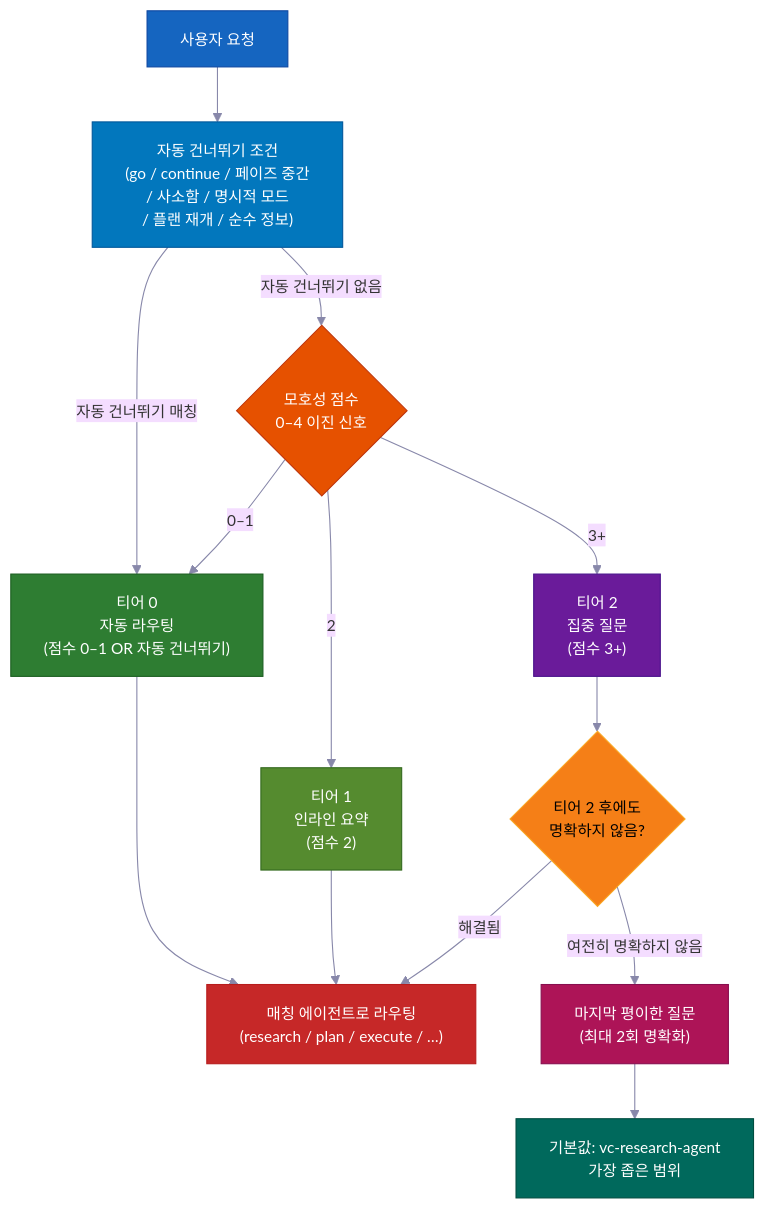
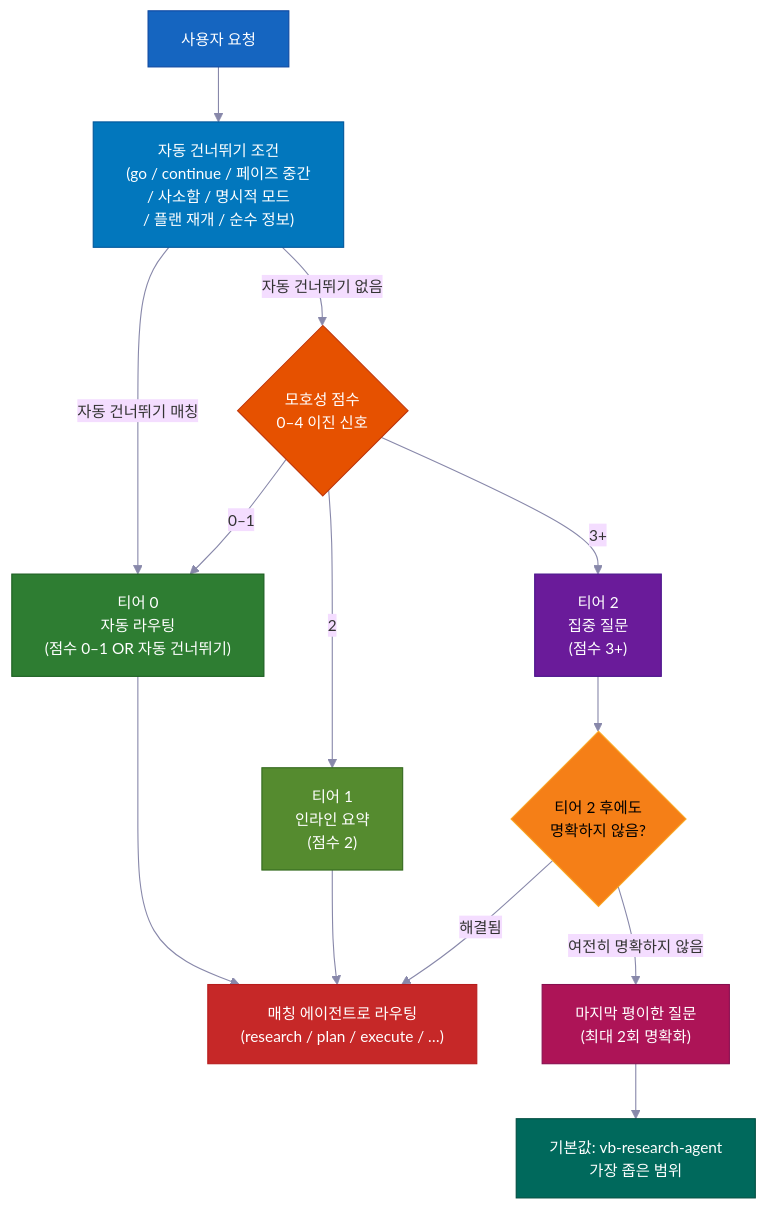
One commit to Tomwakeupat530amm/vibebelt-kit changed the fourth of 14 diagrams in docs/i18n/README.ko-KR.md. Above: the diagram before and after it, drawn with Mermaid. The commit also changed other lines of this file and 646 other files, not shown here.

````diff
--- a/docs/i18n/README.ko-KR.md
+++ b/docs/i18n/README.ko-KR.md
@@ -692,37 +692,37 @@
 ```mermaid
 %%{init: {'theme': 'base', 'themeVariables': {'fontSize': '14px', 'lineColor': '#8888AA'}} }%%
 flowchart TD
     REQ["사용자 요청"]
     SCORE{"모호성 점수\n0–4 이진 신호"}
     AUTO["자동 건너뛰기 조건\n(go / continue / 페이즈 중간\n/ 사소함 / 명시적 모드\n/ 플랜 재개 / 순수 정보)"]
     T0["티어 0\n자동 라우팅\n(점수 0–1 OR 자동 건너뛰기)"]
     T1["티어 1\n인라인 요약\n(점수 2)"]
     T2["티어 2\n집중 질문\n(점수 3+)"]
     ROUTE["매칭 에이전트로 라우팅\n(research / plan / execute / …)"]
     STILL{"티어 2 후에도\n명확하지 않음?"}
     FINAL["마지막 평이한 질문\n(최대 2회 명확화)"]
-    NARROW["기본값: vc-research-agent\n가장 좁은 범위"]
+    NARROW["기본값: vb-research-agent\n가장 좁은 범위"]
 
     REQ --> AUTO
     AUTO -->|"자동 건너뛰기 매칭"| T0
     AUTO -->|"자동 건너뛰기 없음"| SCORE
     SCORE -->|"0–1"| T0
     SCORE -->|"2"| T1
     SCORE -->|"3+"| T2
     T0 --> ROUTE
     T1 --> ROUTE
     T2 --> STILL
     STILL -->|"해결됨"| ROUTE
     STILL -->|"여전히 명확하지 않음"| FINAL --> NARROW
 
     style REQ fill:#1565C0,stroke:#0D47A1,color:#FFFFFF
     style AUTO fill:#0277BD,stroke:#01579B,color:#FFFFFF
     style SCORE fill:#E65100,stroke:#BF360C,color:#FFFFFF
     style T0 fill:#2E7D32,stroke:#1B5E20,color:#FFFFFF
     style T1 fill:#558B2F,stroke:#33691E,color:#FFFFFF
     style T2 fill:#6A1B9A,stroke:#4A148C,color:#FFFFFF
     style ROUTE fill:#C62828,stroke:#B71C1C,color:#FFFFFF
     style STILL fill:#F57F17,stroke:#F9A825,color:#000000
     style FINAL fill:#AD1457,stroke:#880E4F,color:#FFFFFF
     style NARROW fill:#00695C,stroke:#004D40,color:#FFFFFF
 ```
````
